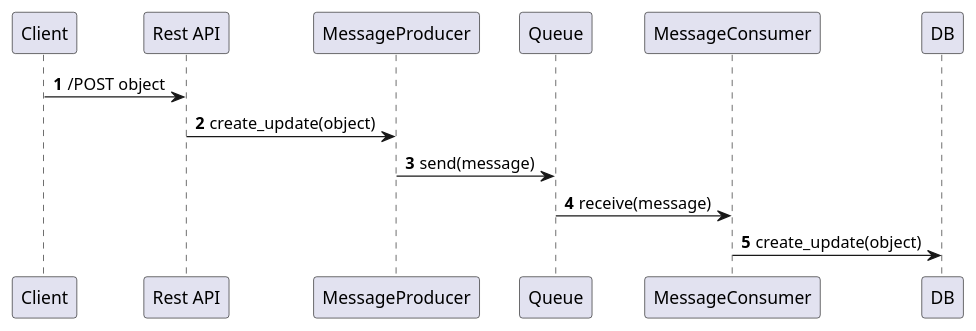
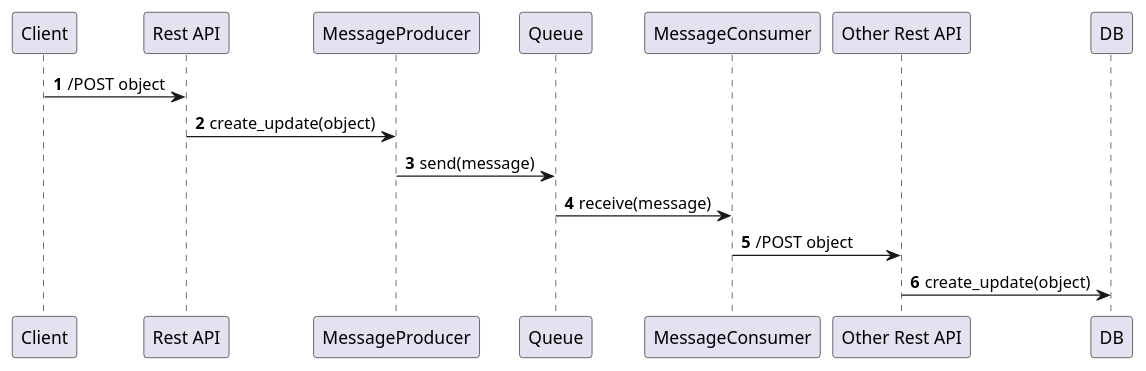
Before and after one commit to adetola-adewodu/architecture-decision-records: the third of 3 diagrams in doc/adr/0002-using-publisher-subscriber-pattern.md, drawn with PlantUML.

Commit message:
Using Rest API to update database

```diff
--- a/doc/adr/0002-using-publisher-subscriber-pattern.md
+++ b/doc/adr/0002-using-publisher-subscriber-pattern.md
@@ -55,11 +55,12 @@
     @startuml img/PublisherSubscriberDiagram
 
     autonumber
     
     Client -> "Rest API": /POST object
     "Rest API" -> MessageProducer: create_update(object)
     MessageProducer -> Queue : send(message)
     Queue -> MessageConsumer : receive(message)
-    MessageConsumer -> DB: create_update(object)
+    MessageConsumer -> "Other Rest API": /POST object
+    "Other Rest API" -> DB: create_update(object)
 
     @enduml
```
